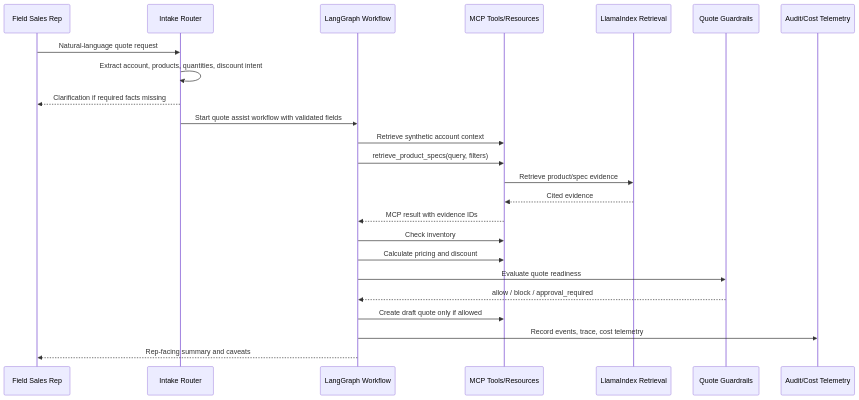
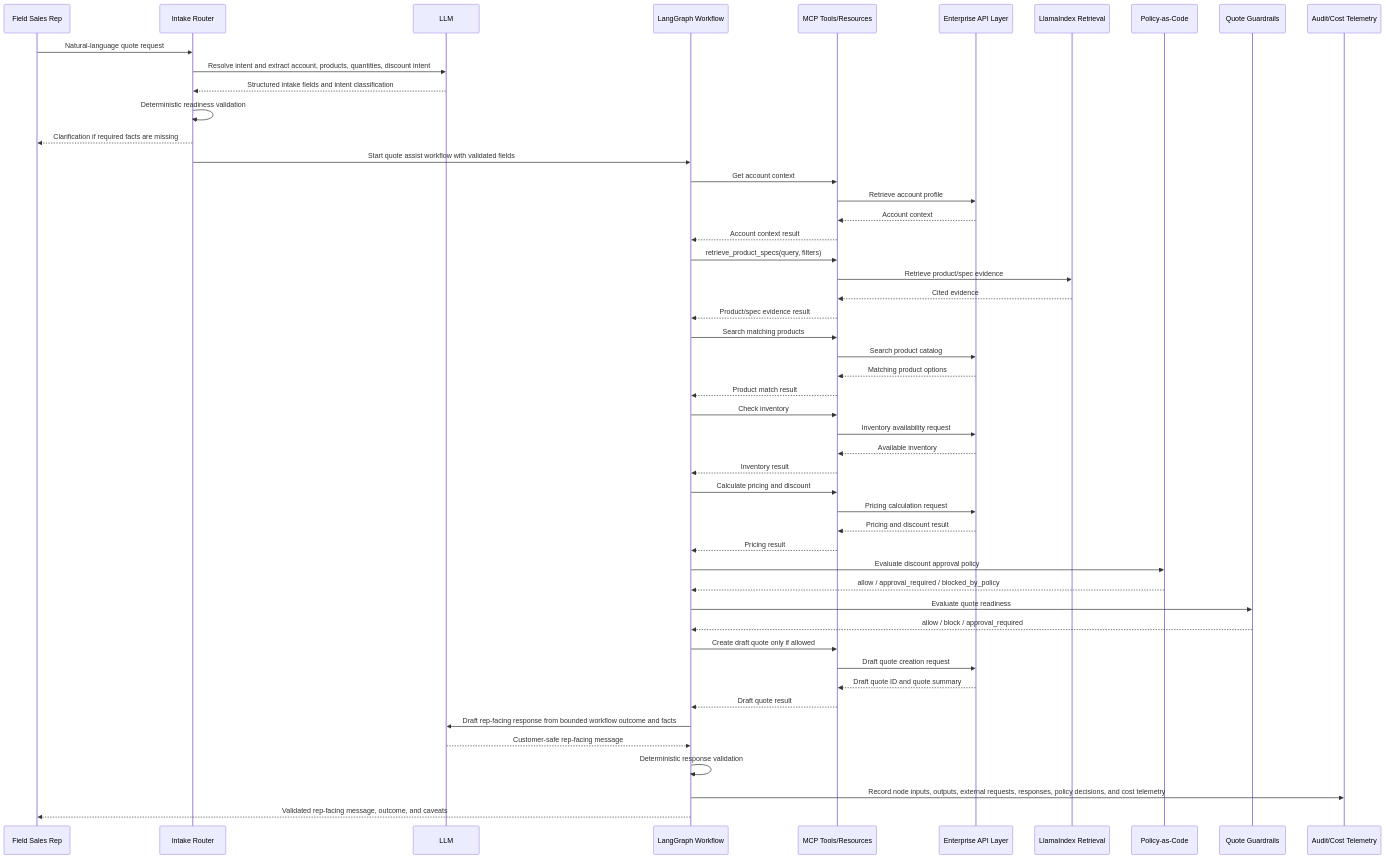
One commit to rajkasumarthi-Strideflow/LangGraph-LlamaIndex-mcp-pattern changed the first of 5 diagrams in docs/diagrams.md. Above: the diagram before and after it, drawn with Mermaid.

Commit message:
Expand quote assist workflow sequence

````diff
--- a/docs/diagrams.md
+++ b/docs/diagrams.md
@@ -17,27 +17,66 @@
 ```mermaid
 sequenceDiagram
   participant Rep as Field Sales Rep
   participant Router as Intake Router
+  participant LLM as LLM
   participant Graph as LangGraph Workflow
   participant MCP as MCP Tools/Resources
+  participant API as Enterprise API Layer
   participant RAG as LlamaIndex Retrieval
+  participant Policy as Policy-as-Code
   participant Guard as Quote Guardrails
   participant Audit as Audit/Cost Telemetry
 
   Rep->>Router: Natural-language quote request
-  Router->>Router: Extract account, products, quantities, discount intent
-  Router-->>Rep: Clarification if required facts missing
+
+  Router->>LLM: Resolve intent and extract account, products, quantities, discount intent
+  LLM-->>Router: Structured intake fields and intent classification
+
+  Router->>Router: Deterministic readiness validation
+  Router-->>Rep: Clarification if required facts are missing
   Router->>Graph: Start quote assist workflow with validated fields
-  Graph->>MCP: Retrieve synthetic account context
+
+  Graph->>MCP: Get account context
+  MCP->>API: Retrieve account profile
+  API-->>MCP: Account context
+  MCP-->>Graph: Account context result
+
   Graph->>MCP: retrieve_product_specs(query, filters)
   MCP->>RAG: Retrieve product/spec evidence
   RAG-->>MCP: Cited evidence
-  MCP-->>Graph: MCP result with evidence IDs
+  MCP-->>Graph: Product/spec evidence result
+
+  Graph->>MCP: Search matching products
+  MCP->>API: Search product catalog
+  API-->>MCP: Matching product options
+  MCP-->>Graph: Product match result
+
   Graph->>MCP: Check inventory
+  MCP->>API: Inventory availability request
+  API-->>MCP: Available inventory
+  MCP-->>Graph: Inventory result
+
   Graph->>MCP: Calculate pricing and discount
+  MCP->>API: Pricing calculation request
+  API-->>MCP: Pricing and discount result
+  MCP-->>Graph: Pricing result
+
+  Graph->>Policy: Evaluate discount approval policy
+  Policy-->>Graph: allow / approval_required / blocked_by_policy
+
   Graph->>Guard: Evaluate quote readiness
   Guard-->>Graph: allow / block / approval_required
+
   Graph->>MCP: Create draft quote only if allowed
-  Graph->>Audit: Record events, trace, cost telemetry
-  Graph-->>Rep: Rep-facing summary and caveats
+  MCP->>API: Draft quote creation request
+  API-->>MCP: Draft quote ID and quote summary
+  MCP-->>Graph: Draft quote result
+
+  Graph->>LLM: Draft rep-facing response from bounded workflow outcome and facts
+  LLM-->>Graph: Customer-safe rep-facing message
+
+  Graph->>Graph: Deterministic response validation
+  Graph->>Audit: Record node inputs, outputs, external requests, responses, policy decisions, and cost telemetry
+
+  Graph-->>Rep: Validated rep-facing message, outcome, and caveats
 ```
````
